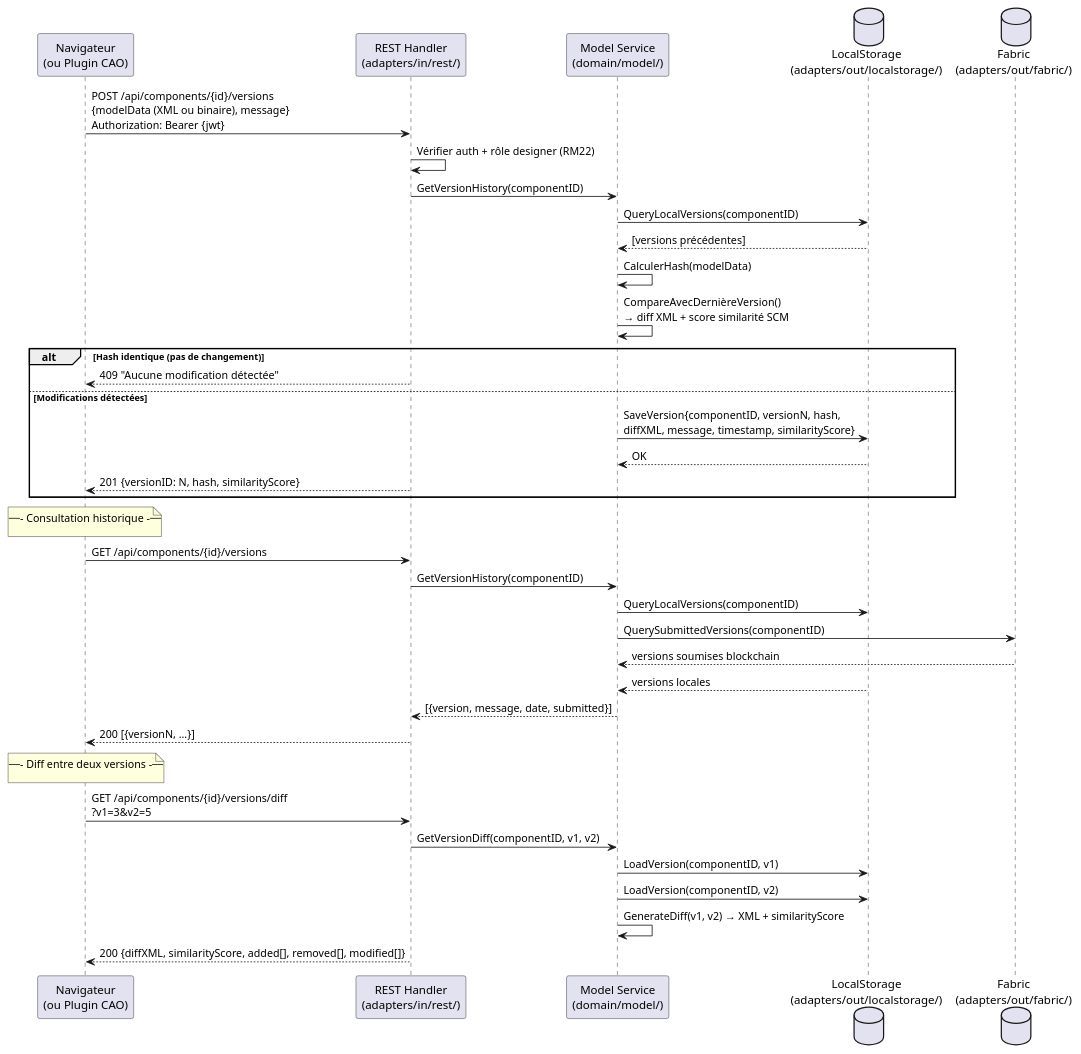
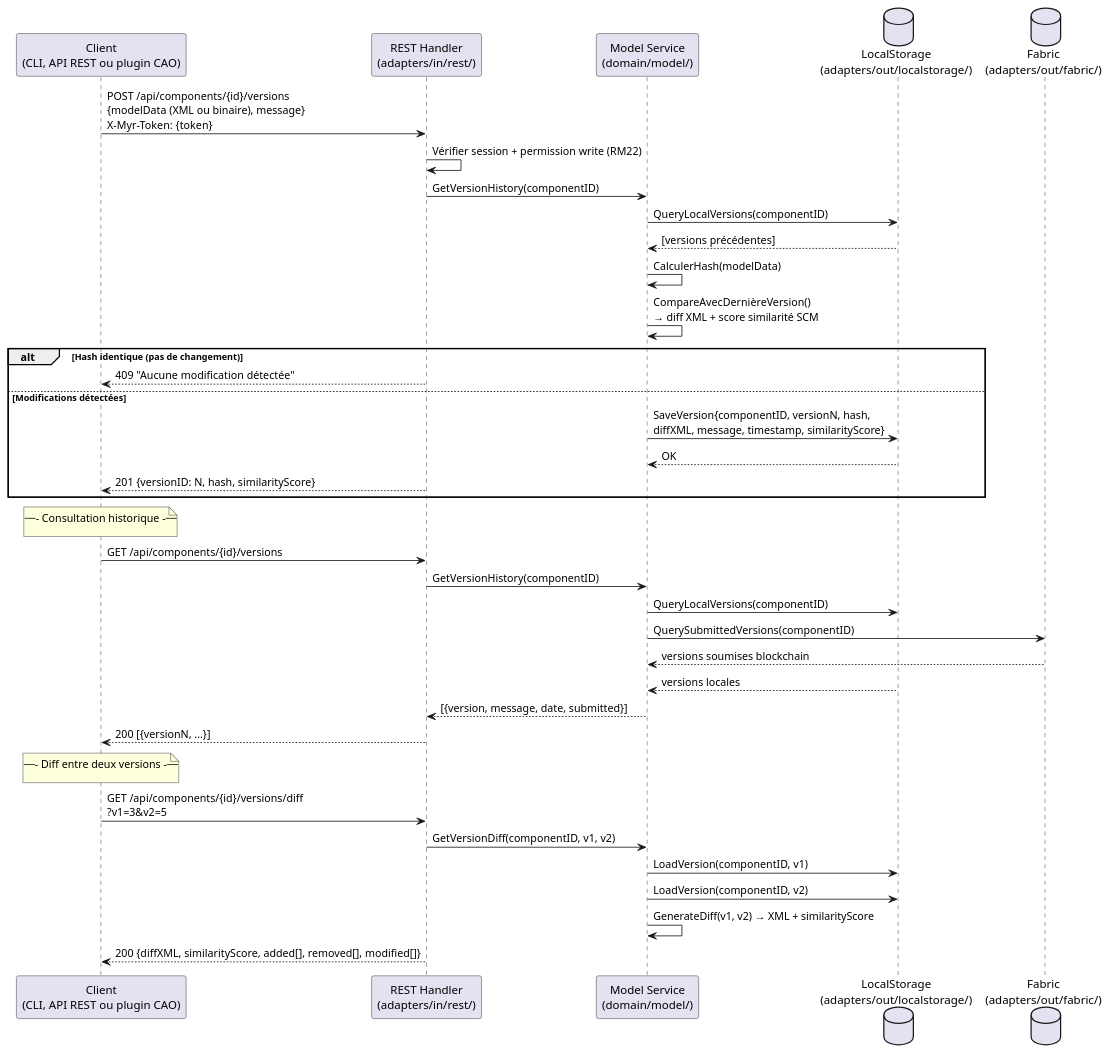
One commit to olivaux/myr changed the second of 2 diagrams in specs/2-Analyse/UCAUT-Automatisation/UCAUT04.md. Above: the diagram before and after it, drawn with PlantUML. The commit also changed other lines of this file and 72 other files, not shown here.

````diff
--- a/specs/2-Analyse/UCAUT-Automatisation/UCAUT04.md
+++ b/specs/2-Analyse/UCAUT-Automatisation/UCAUT04.md
@@ -101,47 +99,47 @@
 ```plantuml
 @startuml
-participant "Navigateur\n(ou Plugin CAO)" as Browser
+participant "Client\n(CLI, API REST ou plugin CAO)" as Browser
 participant "REST Handler\n(adapters/in/rest/)" as REST
 participant "Model Service\n(domain/model/)" as ModelSvc
 database "LocalStorage\n(adapters/out/localstorage/)" as Local
 database "Fabric\n(adapters/out/fabric/)" as Fabric
 
-Browser -> REST : POST /api/components/{id}/versions\n{modelData (XML ou binaire), message}\nAuthorization: Bearer {jwt}
-REST -> REST : Vérifier auth + rôle designer (RM22)
+Browser -> REST : POST /api/components/{id}/versions\n{modelData (XML ou binaire), message}\nX-Myr-Token: {token}
+REST -> REST : Vérifier session + permission write (RM22)
 
 REST -> ModelSvc : GetVersionHistory(componentID)
 ModelSvc -> Local : QueryLocalVersions(componentID)
 Local --> ModelSvc : [versions précédentes]
 
 ModelSvc -> ModelSvc : CalculerHash(modelData)
 ModelSvc -> ModelSvc : CompareAvecDernièreVersion()\n→ diff XML + score similarité SCM
 
 alt Hash identique (pas de changement)
     REST --> Browser : 409 "Aucune modification détectée"
 else Modifications détectées
     ModelSvc -> Local : SaveVersion{componentID, versionN, hash,\ndiffXML, message, timestamp, similarityScore}
     Local --> ModelSvc : OK
 
     REST --> Browser : 201 {versionID: N, hash, similarityScore}
 end
 
 note over Browser : --- Consultation historique ---
 Browser -> REST : GET /api/components/{id}/versions
 REST -> ModelSvc : GetVersionHistory(componentID)
 ModelSvc -> Local : QueryLocalVersions(componentID)
 ModelSvc -> Fabric : QuerySubmittedVersions(componentID)
 Fabric --> ModelSvc : versions soumises blockchain
 Local --> ModelSvc : versions locales
 ModelSvc --> REST : [{version, message, date, submitted}]
 REST --> Browser : 200 [{versionN, ...}]
 
 note over Browser : --- Diff entre deux versions ---
 Browser -> REST : GET /api/components/{id}/versions/diff\n?v1=3&v2=5
 REST -> ModelSvc : GetVersionDiff(componentID, v1, v2)
 ModelSvc -> Local : LoadVersion(componentID, v1)
 ModelSvc -> Local : LoadVersion(componentID, v2)
 ModelSvc -> ModelSvc : GenerateDiff(v1, v2) → XML + similarityScore
 REST --> Browser : 200 {diffXML, similarityScore, added[], removed[], modified[]}
 
 @enduml
 ```
````
